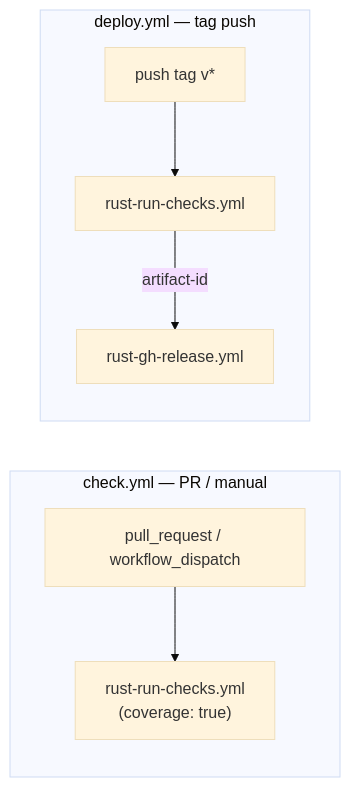
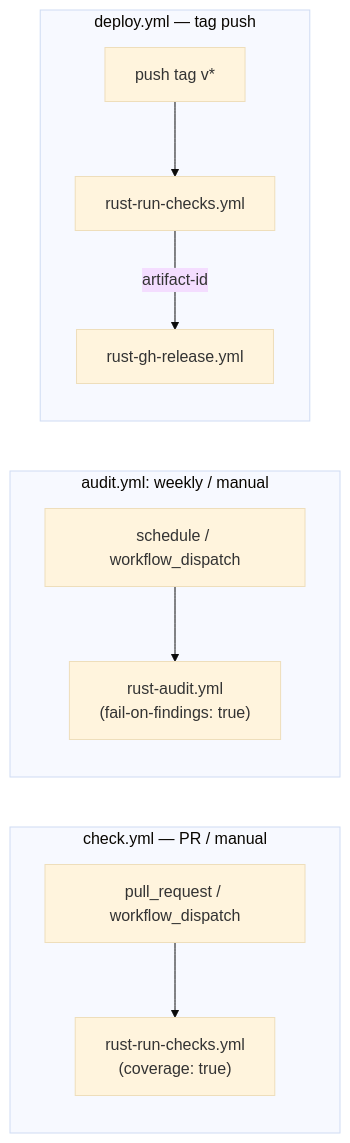
One commit to tylerkelly13/system-notifications changed the diagram in .github/workflows/ci-cd-pipeline.mmd. Above: the diagram before and after it, drawn with Mermaid (base theme). The commit also changed 9 other files, not shown here.

```diff
--- a/.github/workflows/ci-cd-pipeline.mmd
+++ b/.github/workflows/ci-cd-pipeline.mmd
@@ -1,9 +1,13 @@
 graph LR
     subgraph checks["check.yml — PR / manual"]
         A1["pull_request / workflow_dispatch"] --> A2["rust-run-checks.yml\n(coverage: true)"]
+    end
+
+    subgraph audit["audit.yml: weekly / manual"]
+        C1["schedule / workflow_dispatch"] --> C2["rust-audit.yml\n(fail-on-findings: true)"]
     end
 
     subgraph deploy["deploy.yml — tag push"]
         B1["push tag v*"] --> B2["rust-run-checks.yml"]
         B2 -->|"artifact-id"| B3["rust-gh-release.yml"]
     end
```
